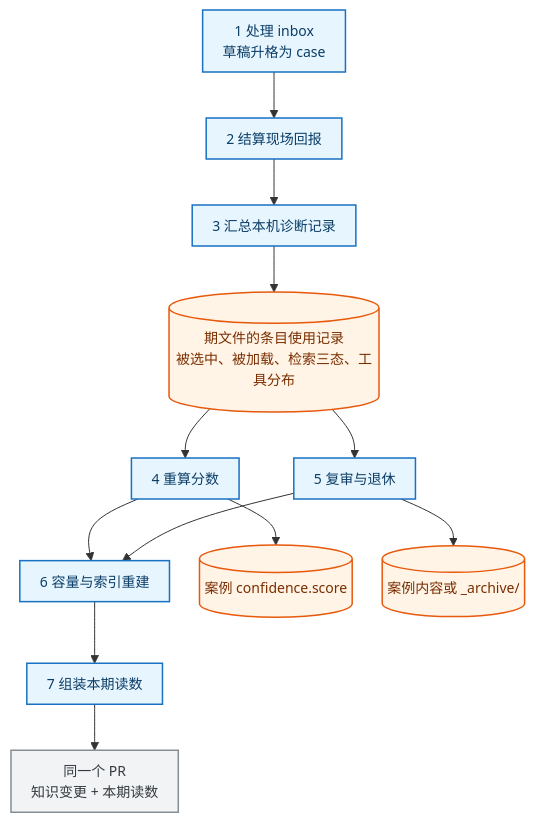
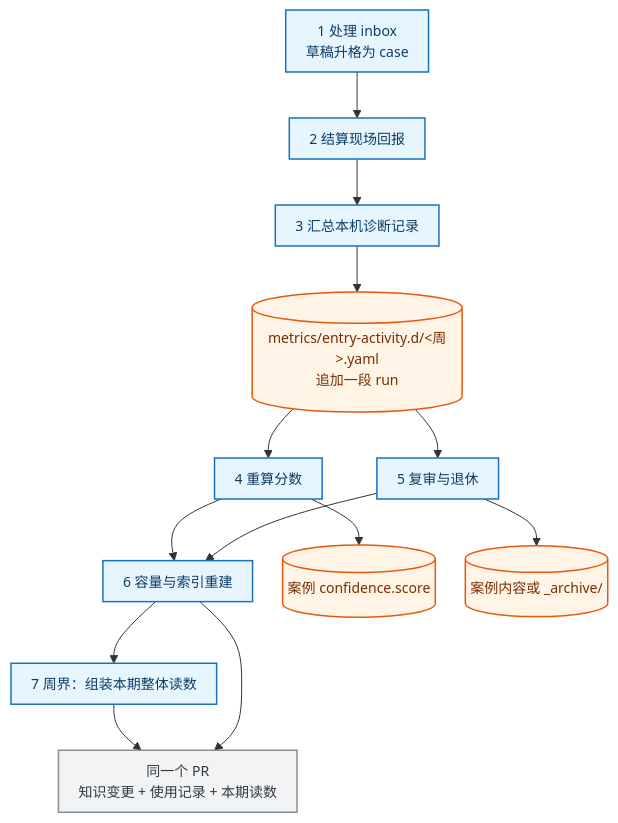
The third of 4 diagrams in docs/mechanism/diagnosis-observability.md (Bowen-Leee/ascend-sleuth), drawn with Mermaid before and after one commit. The commit also changed other lines of this file and 1 other file, not shown here.

````diff
--- a/docs/mechanism/diagnosis-observability.md
+++ b/docs/mechanism/diagnosis-observability.md
@@ -165,22 +198,23 @@
 ```mermaid
 %%{init: {'themeVariables':{'fontSize':'14px'},'flowchart':{'curve':'basis','nodeSpacing':30,'rankSpacing':46,'padding':10}}}%%
 flowchart TB
     S1["1 处理 inbox<br/>草稿升格为 case"] --> S2["2 结算现场回报"]
     S2 --> S3["3 汇总本机诊断记录"]
-    S3 --> R[("期文件的条目使用记录<br/>被选中、被加载、检索三态、工具分布")]
+    S3 --> R[("metrics/entry-activity.d/&lt;周&gt;.yaml<br/>追加一段 run")]
     R --> S4["4 重算分数"]
     R --> S5["5 复审与退休"]
     S4 --> S6["6 容量与索引重建"]
     S5 --> S6
-    S6 --> S7["7 组装本期读数"]
-    S7 --> PR["同一个 PR<br/>知识变更 + 本期读数"]
+    S6 --> S7["7 周界：组装本期整体读数"]
     S4 --> C[("案例 confidence.score")]
     S5 --> C2[("案例内容或 _archive/")]
+    S7 --> PR["同一个 PR<br/>知识变更 + 使用记录 + 本期读数"]
+    S6 --> PR
 
     classDef step fill:#e7f5ff,stroke:#1971c2,stroke-width:1.5px,color:#0b3d66
     classDef store fill:#fff4e6,stroke:#e8590c,stroke-width:1.5px,color:#7a2e00
     classDef pr fill:#f1f3f5,stroke:#868e96,stroke-width:1.5px,color:#343a40
     class S1,S2,S3,S4,S5,S6,S7 step
     class R,C,C2 store
     class PR pr
 ```
````
